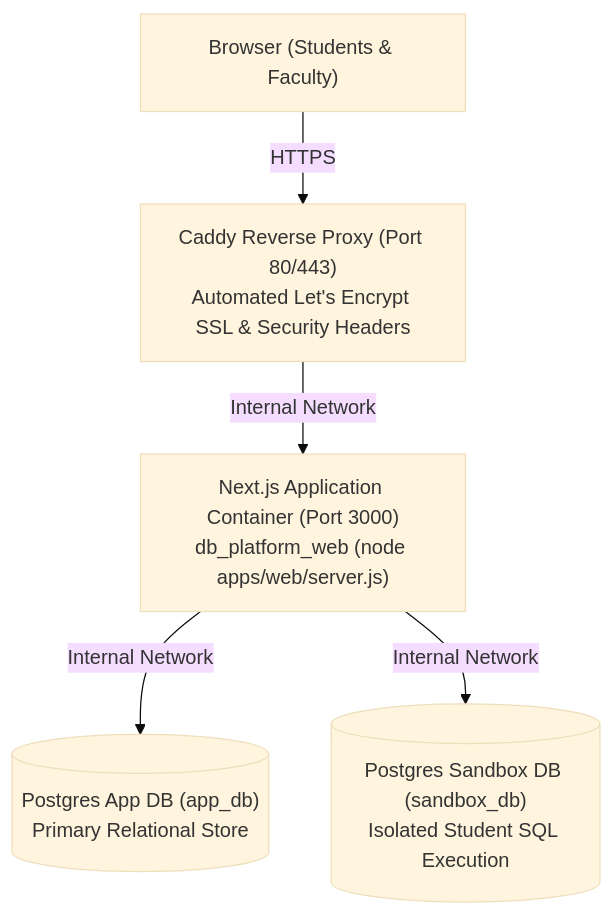
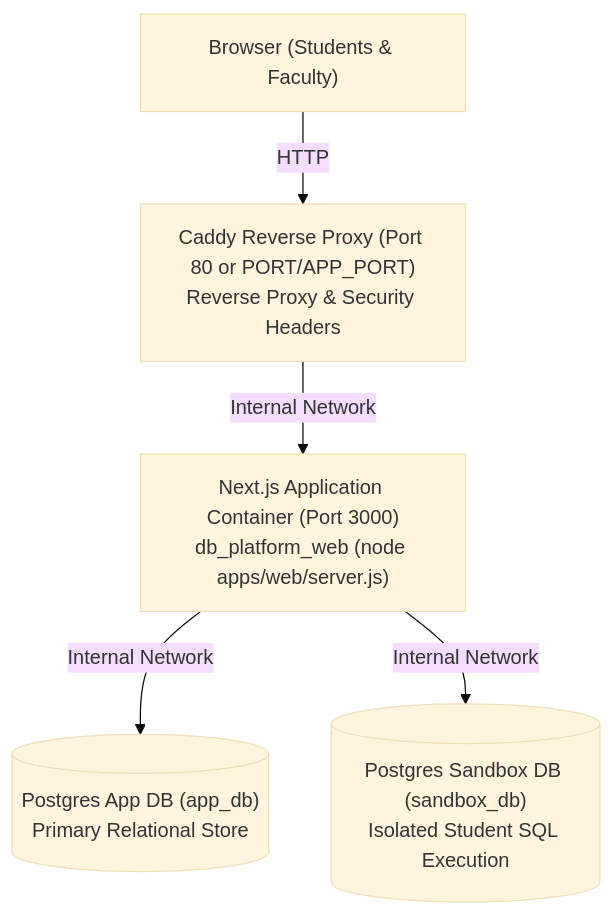
The diagram in DOCKER_PRODUCTION.md (stonehappi/db_for_business_analytics), drawn with Mermaid (base theme) before and after one commit. The commit also changed other lines of this file and 2 other files, not shown here.

Commit message:
feat(docker): support custom host port for caddy via PORT or APP_PORT

````diff
--- a/DOCKER_PRODUCTION.md
+++ b/DOCKER_PRODUCTION.md
@@ -10,13 +10,13 @@
 ```mermaid
 flowchart TD
     Client["Browser (Students & Faculty)"]
-    Caddy["Caddy Reverse Proxy (Port 80/443)<br/>Automated Let's Encrypt SSL & Security Headers"]
+    Caddy["Caddy Reverse Proxy (Port 80 or PORT/APP_PORT)<br/>Reverse Proxy & Security Headers"]
     Web["Next.js Application Container (Port 3000)<br/>db_platform_web (node apps/web/server.js)"]
     PostgresApp[("Postgres App DB (app_db)<br/>Primary Relational Store")]
     PostgresSandbox[("Postgres Sandbox DB (sandbox_db)<br/>Isolated Student SQL Execution")]
 
-    Client -->|HTTPS| Caddy
+    Client -->|HTTP| Caddy
     Caddy -->|Internal Network| Web
     Web -->|Internal Network| PostgresApp
     Web -->|Internal Network| PostgresSandbox
 ```
````
